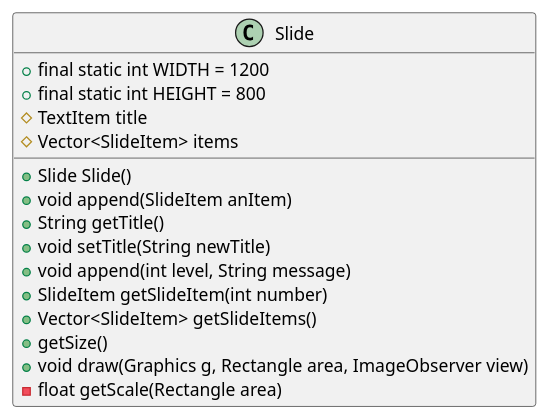
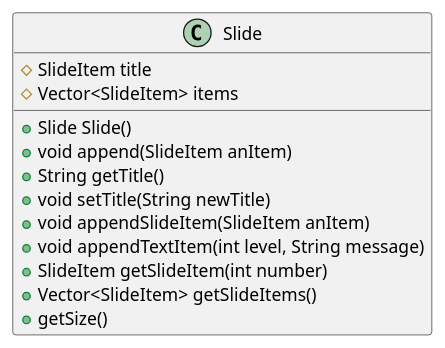
The diagram in jabberPoint/diagramaClasses/Slide.puml (kvojps/estudo-uml), drawn with PlantUML before and after one commit. The commit also changed 6 other files, not shown here.

```diff
--- a/jabberPoint/diagramaClasses/Slide.puml
+++ b/jabberPoint/diagramaClasses/Slide.puml
@@ -1,19 +1,16 @@
 @startuml slide
 class Slide {
-    + final static int WIDTH = 1200
-    + final static int HEIGHT = 800
-    # TextItem title
+    # SlideItem title
     # Vector<SlideItem> items
 
     + Slide Slide()
     + void append(SlideItem anItem)
     + String getTitle()
     + void setTitle(String newTitle)
-    + void append(int level, String message)
+    + void appendSlideItem(SlideItem anItem)
+    + void appendTextItem(int level, String message)
     + SlideItem getSlideItem(int number)
     + Vector<SlideItem> getSlideItems()
     + getSize()
-    + void draw(Graphics g, Rectangle area, ImageObserver view)
-    - float getScale(Rectangle area)
 }
 @enduml
```
